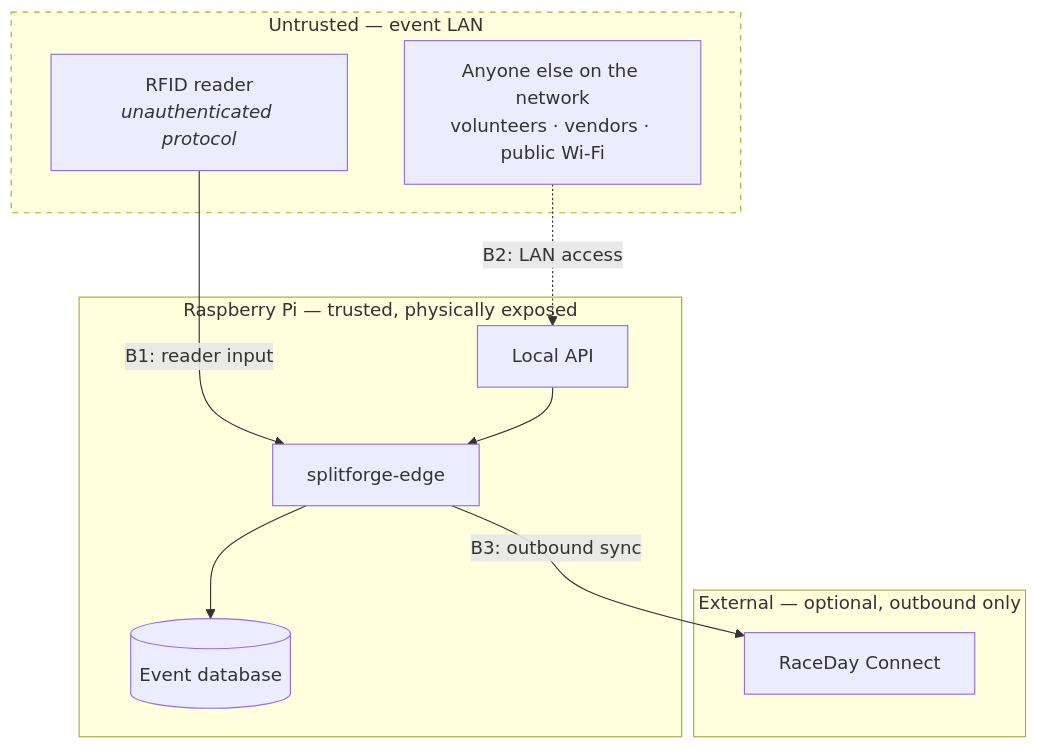
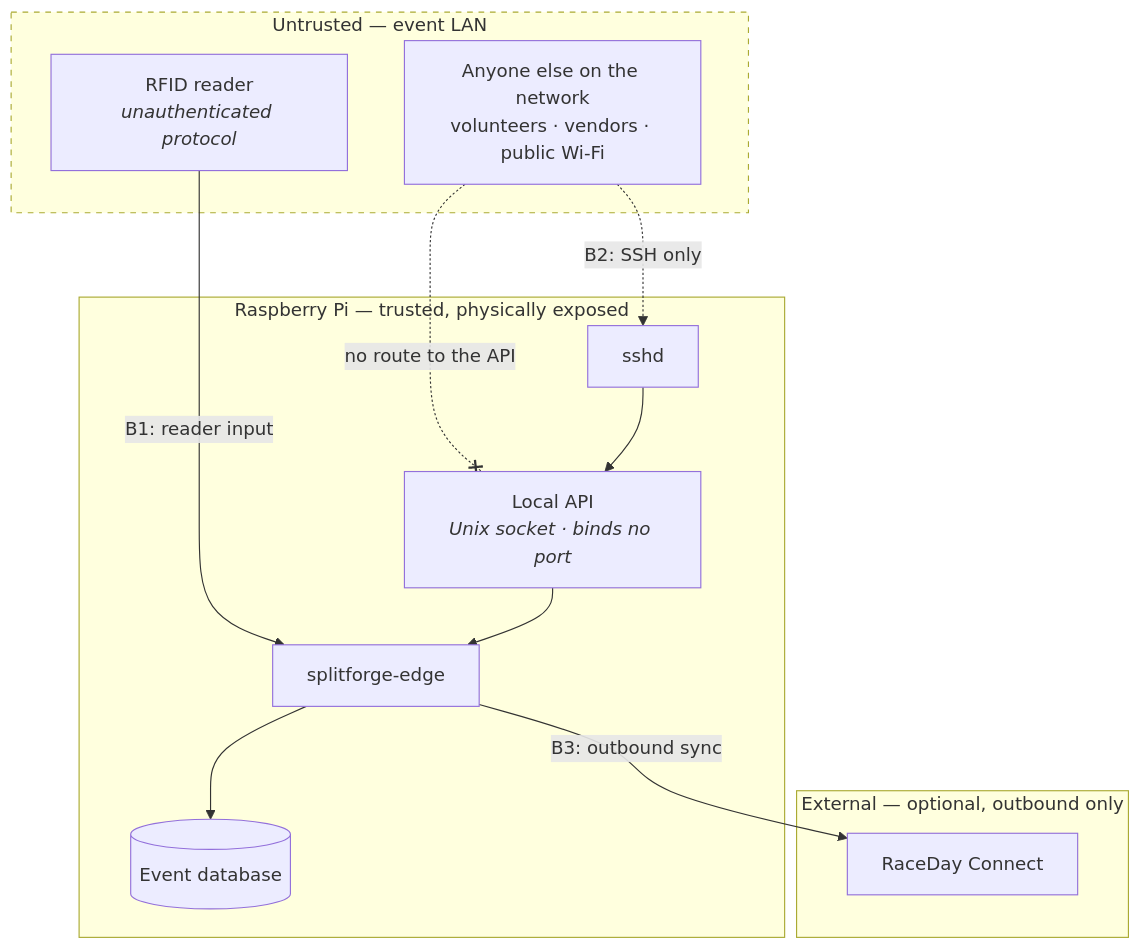
Before and after one commit to truppelli/splitforge: the diagram in docs/threat-model.md, drawn with Mermaid. The commit also changed other lines of this file and 15 other files, not shown here.

````diff
--- a/docs/threat-model.md
+++ b/docs/threat-model.md
@@ -31,25 +31,28 @@
 ```mermaid
 flowchart TB
     subgraph untrusted["Untrusted — event LAN"]
         reader["RFID reader<br/><i>unauthenticated protocol</i>"]
         others["Anyone else on the network<br/>volunteers · vendors · public Wi-Fi"]
     end
 
     subgraph device["Raspberry Pi — trusted, physically exposed"]
-        api["Local API"]
+        sshd["sshd"]
+        api["Local API<br/><i>Unix socket · binds no port</i>"]
         svc["splitforge-edge"]
         db[("Event database")]
     end
 
     subgraph external["External — optional, outbound only"]
         rdc["RaceDay Connect"]
     end
 
     reader -->|"B1: reader input"| svc
-    others -.->|"B2: LAN access"| api
+    others -.->|"B2: SSH only"| sshd
+    others -. "no route to the API" .-x api
+    sshd --> api
     api --> svc
     svc --> db
     svc -->|"B3: outbound sync"| rdc
 
     style untrusted stroke-dasharray: 5 5
 ```
````
